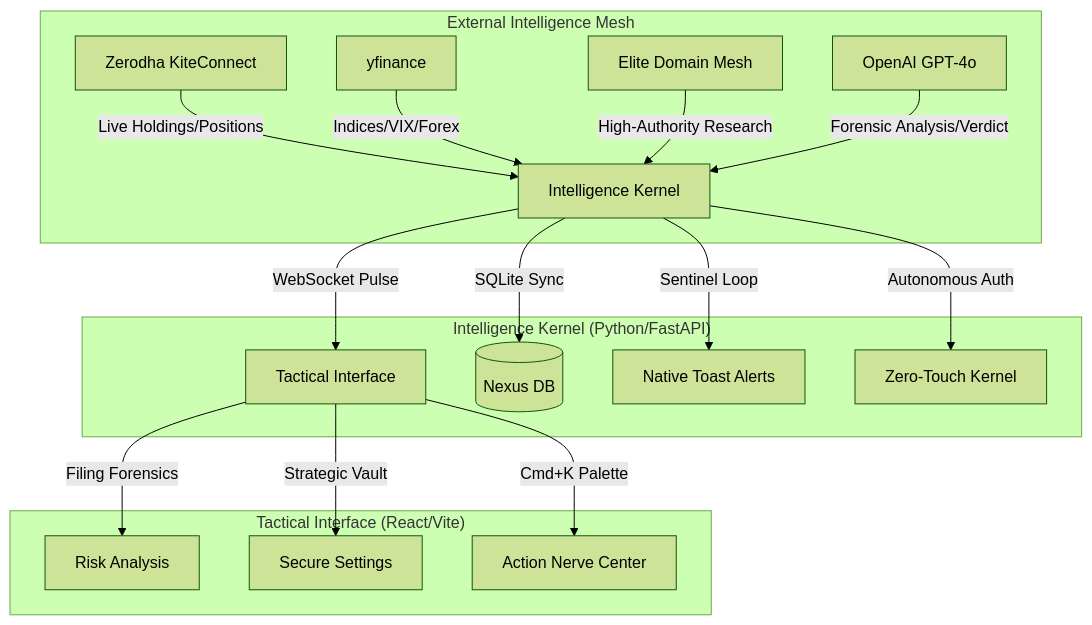
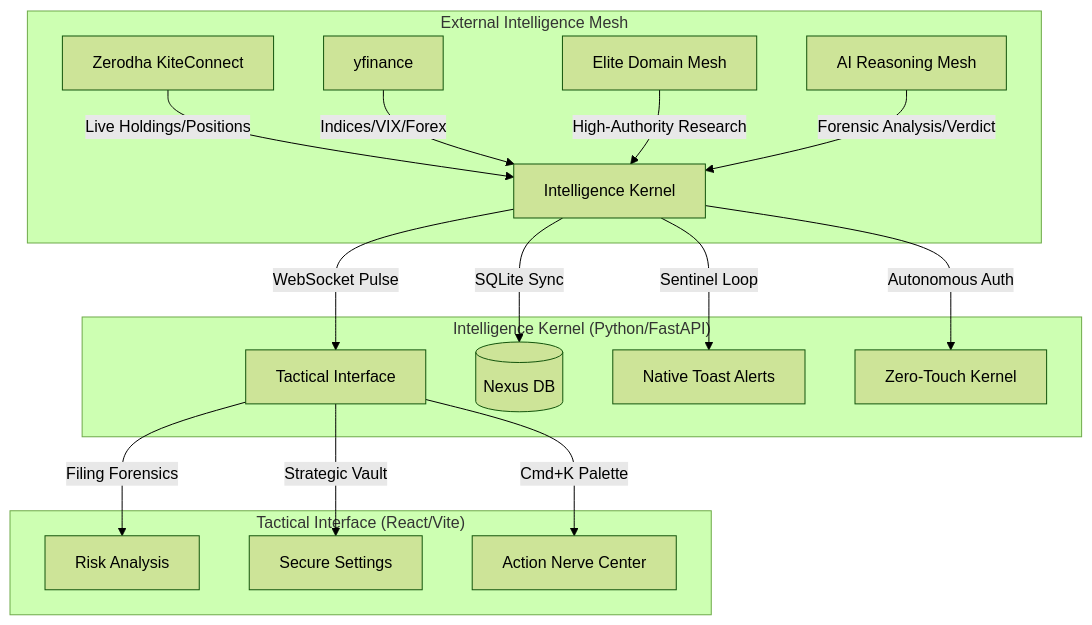
One commit to hackers-reality/FinIntel changed the diagram in README.md. Above: the diagram before and after it, drawn with Mermaid (forest theme). The commit also changed other lines of this file, not shown here.

Commit message:
docs: Multi-LLM Intelligence Mesh & Restored Manual Auth Flow

````diff
--- a/README.md
+++ b/README.md
@@ -12,22 +12,22 @@
 ```mermaid
 graph TD
     subgraph "External Intelligence Mesh"
         A[Zerodha KiteConnect] -->|Live Holdings/Positions| E[Intelligence Kernel]
         B[yfinance] -->|Indices/VIX/Forex| E
         C[Elite Domain Mesh] -->|High-Authority Research| E
-        D[OpenAI GPT-4o] -->|Forensic Analysis/Verdict| E
+        D[AI Reasoning Mesh] -->|Forensic Analysis/Verdict| E
     end
 
     subgraph "Intelligence Kernel (Python/FastAPI)"
         E -->|WebSocket Pulse| F[Tactical Interface]
         E -->|SQLite Sync| G[(Nexus DB)]
         E -->|Sentinel Loop| H[Native Toast Alerts]
         E -->|Autonomous Auth| I[Zero-Touch Kernel]
     end
 
     subgraph "Tactical Interface (React/Vite)"
         F -->|Filing Forensics| J[Risk Analysis]
         F -->|Strategic Vault| K[Secure Settings]
         F -->|Cmd+K Palette| L[Action Nerve Center]
     end
 ```
````
